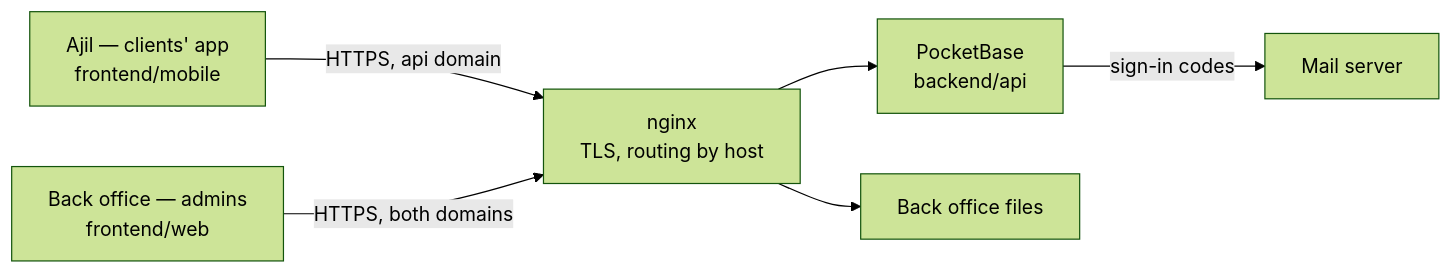
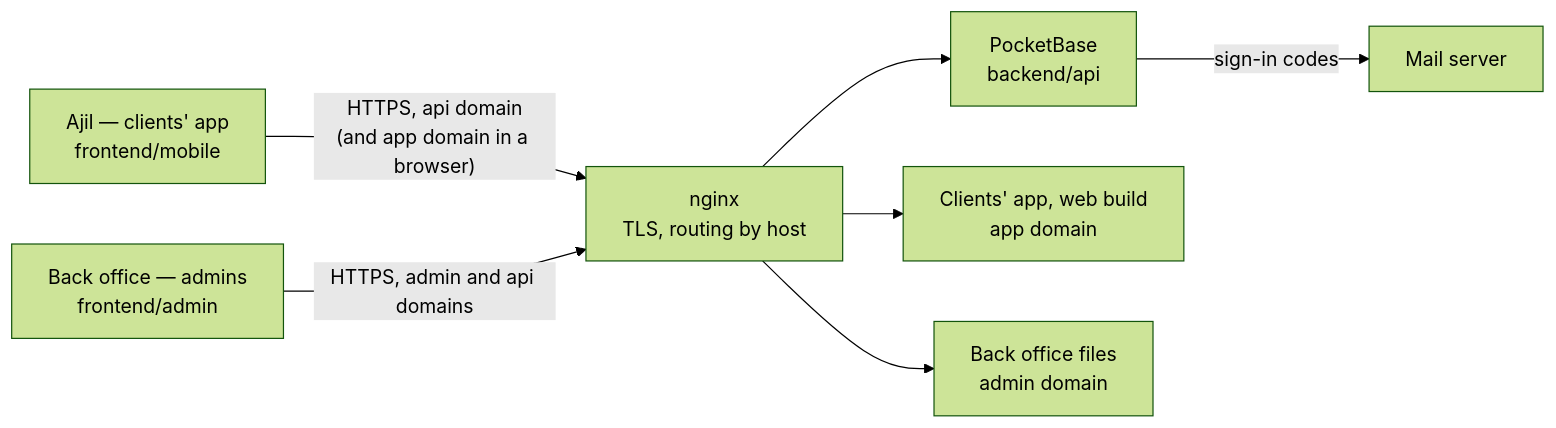
One commit to ndegheselle/Aventurette-web changed the first of 3 diagrams in docs/architecture.md. Above: the diagram before and after it, drawn with Mermaid (forest theme). The commit also changed other lines of this file and 223 other files, not shown here.

First line of the commit message:
Serve the Flutter app on app. and the back office on admin.

````diff
--- a/docs/architecture.md
+++ b/docs/architecture.md
@@ -13,15 +13,17 @@
 ```mermaid
 flowchart LR
     phone["Ajil — clients' app<br/>frontend/mobile"]
-    browser["Back office — admins<br/>frontend/web"]
+    browser["Back office — admins<br/>frontend/admin"]
     nginx["nginx<br/>TLS, routing by host"]
     api["PocketBase<br/>backend/api"]
-    spa["Back office files"]
+    appweb["Clients' app, web build<br/>app domain"]
+    spa["Back office files<br/>admin domain"]
     smtp["Mail server"]
 
-    phone -- "HTTPS, api domain" --> nginx
-    browser -- "HTTPS, both domains" --> nginx
+    phone -- "HTTPS, api domain<br/>(and app domain in a browser)" --> nginx
+    browser -- "HTTPS, admin and api domains" --> nginx
     nginx --> api
+    nginx --> appweb
     nginx --> spa
     api -- "sign-in codes" --> smtp
 ```
````
